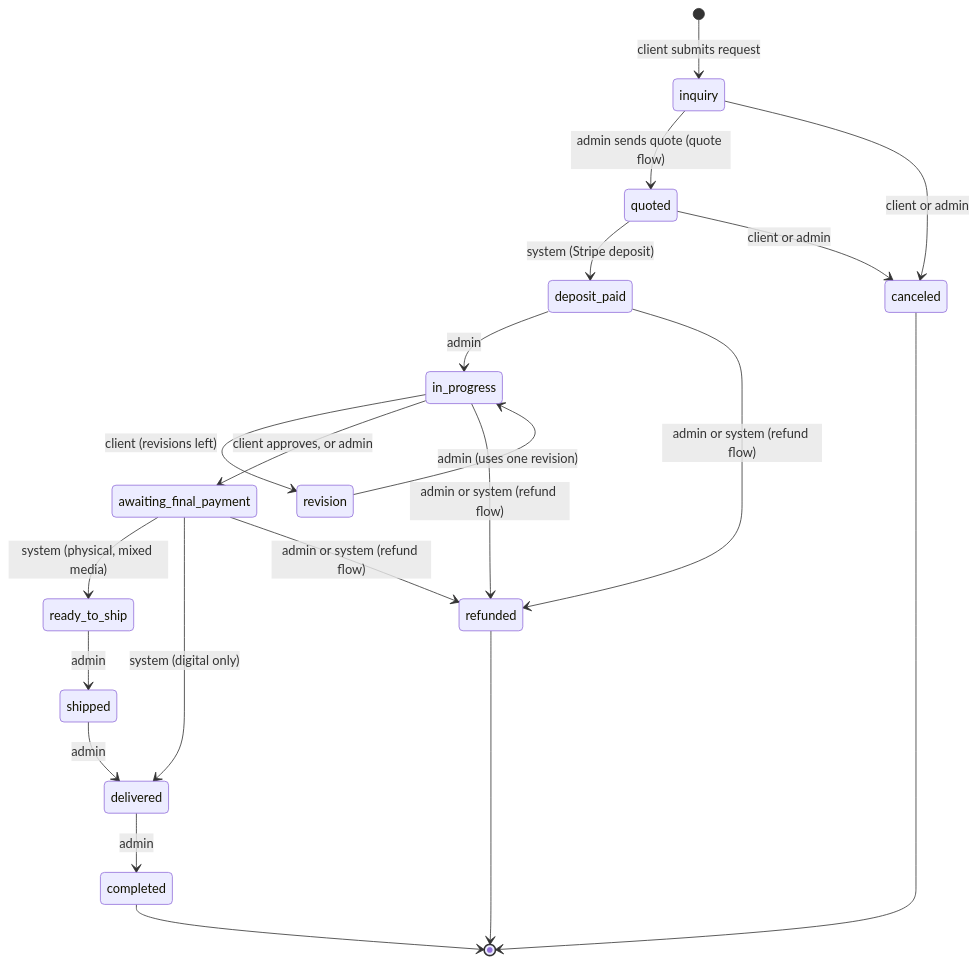
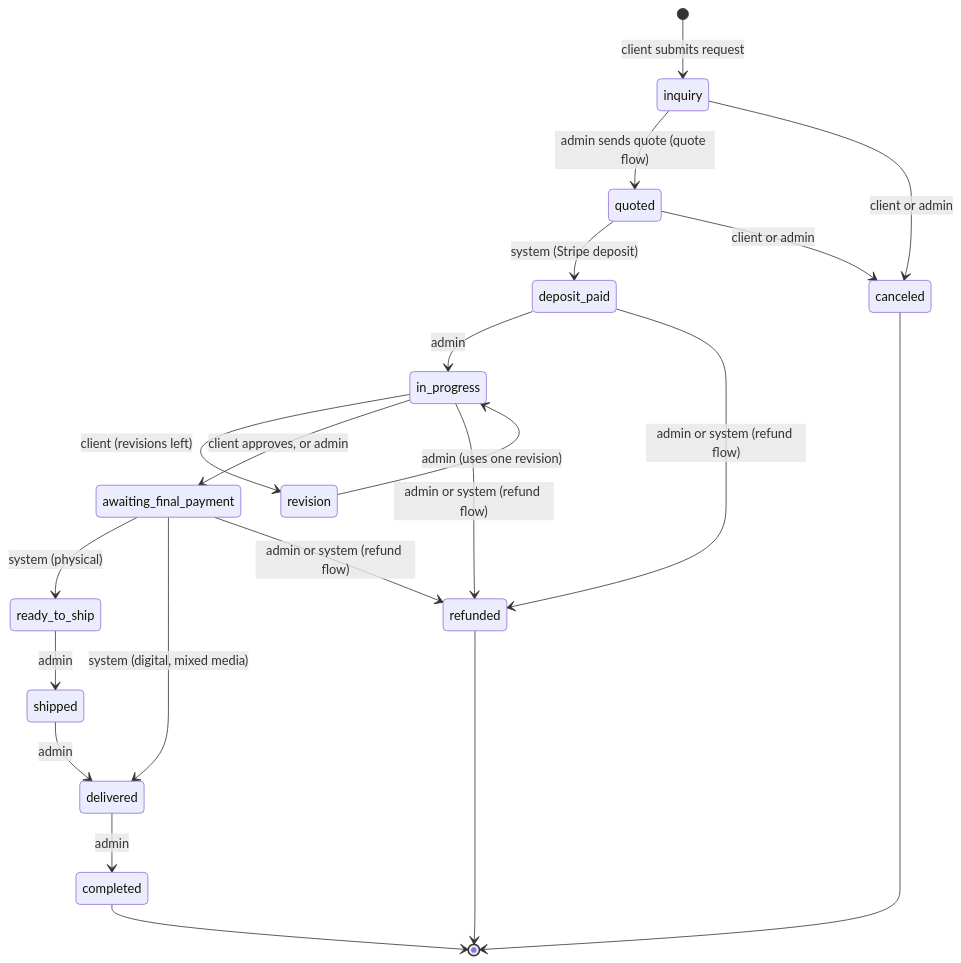
One commit to NoboniSultan/marigold-and-ink changed the diagram in docs/state-machine.md. Above: the diagram before and after it, drawn with Mermaid. The commit also changed other lines of this file and 58 other files, not shown here.

First line of the commit message:
Milestone 11a: shipping addresses, live prices, and the final payment (#27)

````diff
--- a/docs/state-machine.md
+++ b/docs/state-machine.md
@@ -7,31 +7,31 @@
 ```mermaid
 stateDiagram-v2
     [*] --> inquiry: client submits request
 
     inquiry --> quoted: admin sends quote (quote flow)
     inquiry --> canceled: client or admin
 
     quoted --> deposit_paid: system (Stripe deposit)
     quoted --> canceled: client or admin
 
     deposit_paid --> in_progress: admin
     deposit_paid --> refunded: admin or system (refund flow)
 
     in_progress --> revision: client (revisions left)
     in_progress --> awaiting_final_payment: client approves, or admin
     in_progress --> refunded: admin or system (refund flow)
 
     revision --> in_progress: admin (uses one revision)
 
-    awaiting_final_payment --> ready_to_ship: system (physical, mixed media)
-    awaiting_final_payment --> delivered: system (digital only)
+    awaiting_final_payment --> ready_to_ship: system (physical)
+    awaiting_final_payment --> delivered: system (digital, mixed media)
     awaiting_final_payment --> refunded: admin or system (refund flow)
 
     ready_to_ship --> shipped: admin
     shipped --> delivered: admin
     delivered --> completed: admin
 
     completed --> [*]
     canceled --> [*]
     refunded --> [*]
 ```
````
